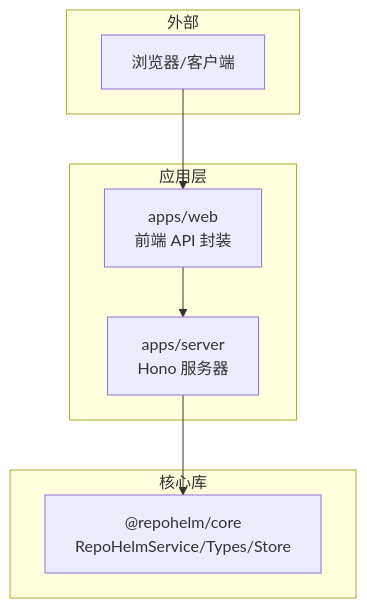
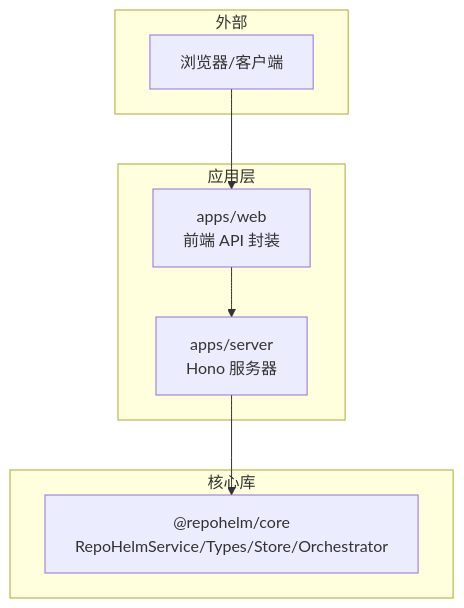
One commit to coconilu/RepoHelm changed the first of 3 diagrams in .qoder/repowiki/zh/content/服务器 API 设计/服务器 API 设计.md. Above: the diagram before and after it, drawn with Mermaid. The commit also changed other lines of this file and 15 other files, not shown here.

````diff
--- a/.qoder/repowiki/zh/content/服务器 API 设计/服务器 API 设计.md
+++ b/.qoder/repowiki/zh/content/服务器 API 设计/服务器 API 设计.md
@@ -42,16 +43,16 @@
 ```mermaid
 graph TB
 subgraph "应用层"
 S["apps/server<br/>Hono 服务器"]
 W["apps/web<br/>前端 API 封装"]
 end
 subgraph "核心库"
-C["@repohelm/core<br/>RepoHelmService/Types/Store"]
+C["@repohelm/core<br/>RepoHelmService/Types/Store/Orchestrator"]
 end
 subgraph "外部"
 F["浏览器/客户端"]
 end
 F --> W
 W --> S
 S --> C
 ```
````
